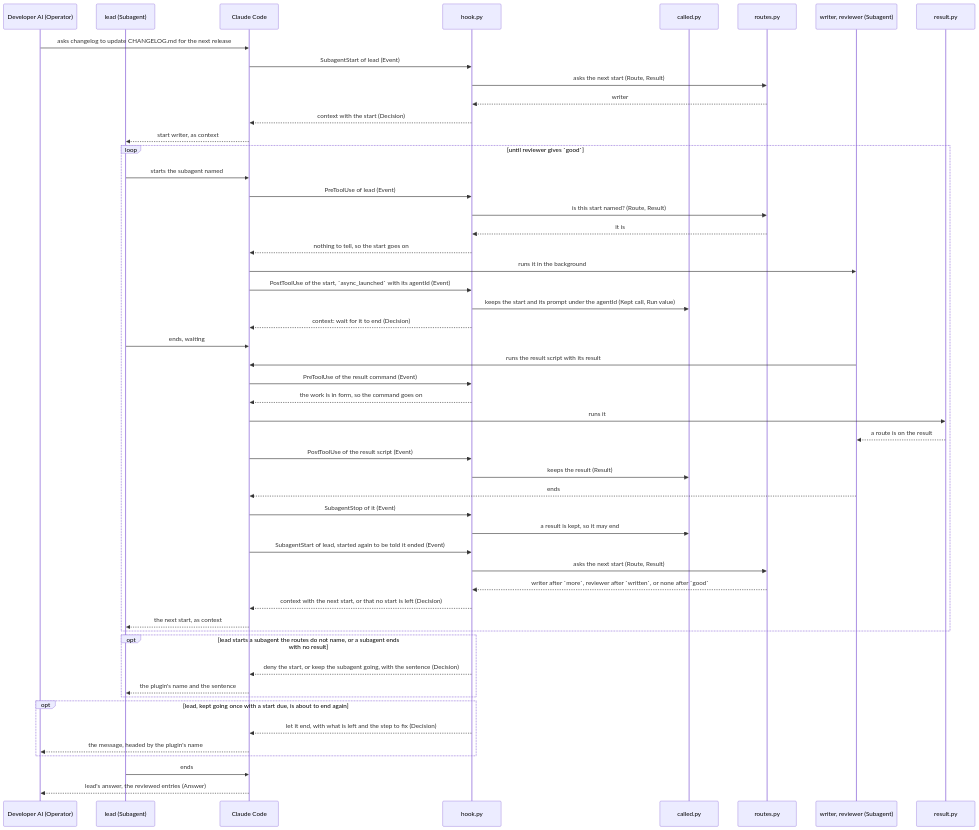
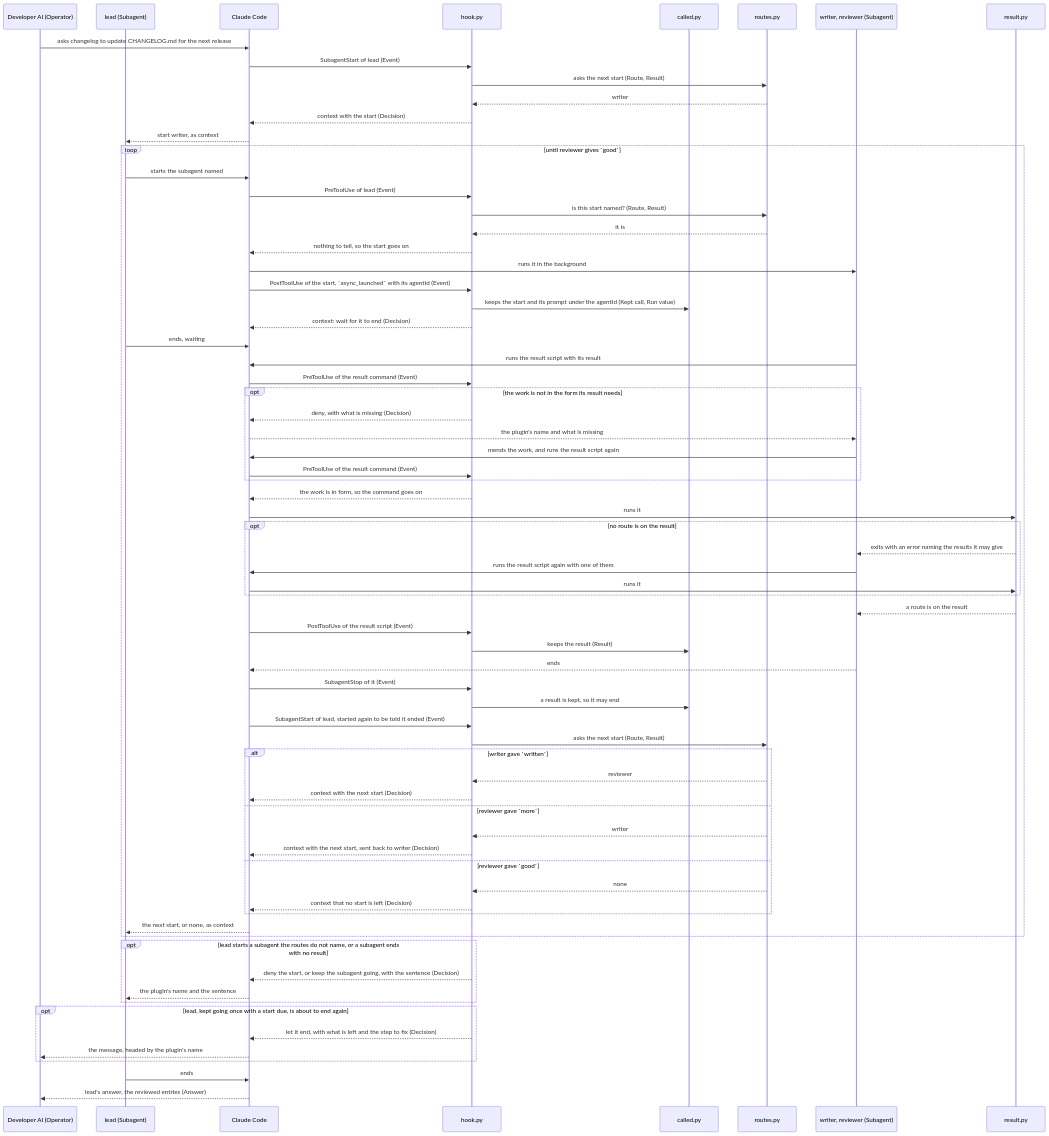
Before and after one commit to lovaizu/ccpm: the fifth of 7 diagrams in dev/lane/architecture.md, drawn with Mermaid. The commit also changed other lines of this file and 4 other files, not shown here.

````diff
--- a/dev/lane/architecture.md
+++ b/dev/lane/architecture.md
@@ -267,54 +311,73 @@
 ```mermaid
 sequenceDiagram
   participant OP as Developer AI (Operator)
   participant O as lead (Subagent)
   participant CC as Claude Code
   participant H as hook.py
   participant C as called.py
   participant RT as routes.py
   participant S as writer, reviewer (Subagent)
   participant RS as result.py
   OP->>CC: asks changelog to update CHANGELOG.md for the next release
   CC->>H: SubagentStart of lead (Event)
   H->>RT: asks the next start (Route, Result)
   RT-->>H: writer
   H-->>CC: context with the start (Decision)
   CC-->>O: start writer, as context
   loop until reviewer gives `good`
     O->>CC: starts the subagent named
     CC->>H: PreToolUse of lead (Event)
     H->>RT: is this start named? (Route, Result)
     RT-->>H: it is
     H-->>CC: nothing to tell, so the start goes on
     CC->>S: runs it in the background
     CC->>H: PostToolUse of the start, `async_launched` with its agentId (Event)
     H->>C: keeps the start and its prompt under the agentId (Kept call, Run value)
     H-->>CC: context: wait for it to end (Decision)
     O->>CC: ends, waiting
     S->>CC: runs the result script with its result
     CC->>H: PreToolUse of the result command (Event)
+    opt the work is not in the form its result needs
+      H-->>CC: deny, with what is missing (Decision)
+      CC-->>S: the plugin's name and what is missing
+      S->>CC: mends the work, and runs the result script again
+      CC->>H: PreToolUse of the result command (Event)
+    end
     H-->>CC: the work is in form, so the command goes on
     CC->>RS: runs it
+    opt no route is on the result
+      RS-->>S: exits with an error naming the results it may give
+      S->>CC: runs the result script again with one of them
+      CC->>RS: runs it
+    end
     RS-->>S: a route is on the result
     CC->>H: PostToolUse of the result script (Event)
     H->>C: keeps the result (Result)
     S-->>CC: ends
     CC->>H: SubagentStop of it (Event)
     H->>C: a result is kept, so it may end
     CC->>H: SubagentStart of lead, started again to be told it ended (Event)
     H->>RT: asks the next start (Route, Result)
-    RT-->>H: writer after `more`, reviewer after `written`, or none after `good`
-    H-->>CC: context with the next start, or that no start is left (Decision)
-    CC-->>O: the next start, as context
+    alt writer gave `written`
+      RT-->>H: reviewer
+      H-->>CC: context with the next start (Decision)
+    else reviewer gave `more`
+      RT-->>H: writer
+      H-->>CC: context with the next start, sent back to writer (Decision)
+    else reviewer gave `good`
+      RT-->>H: none
+      H-->>CC: context that no start is left (Decision)
+    end
+    CC-->>O: the next start, or none, as context
   end
   opt lead starts a subagent the routes do not name, or a subagent ends with no result
     H-->>CC: deny the start, or keep the subagent going, with the sentence (Decision)
     CC-->>O: the plugin's name and the sentence
   end
   opt lead, kept going once with a start due, is about to end again
     H-->>CC: let it end, with what is left and the step to fix (Decision)
     CC-->>OP: the message, headed by the plugin's name
   end
   O->>CC: ends
   CC-->>OP: lead's answer, the reviewed entries (Answer)
 ```
````
